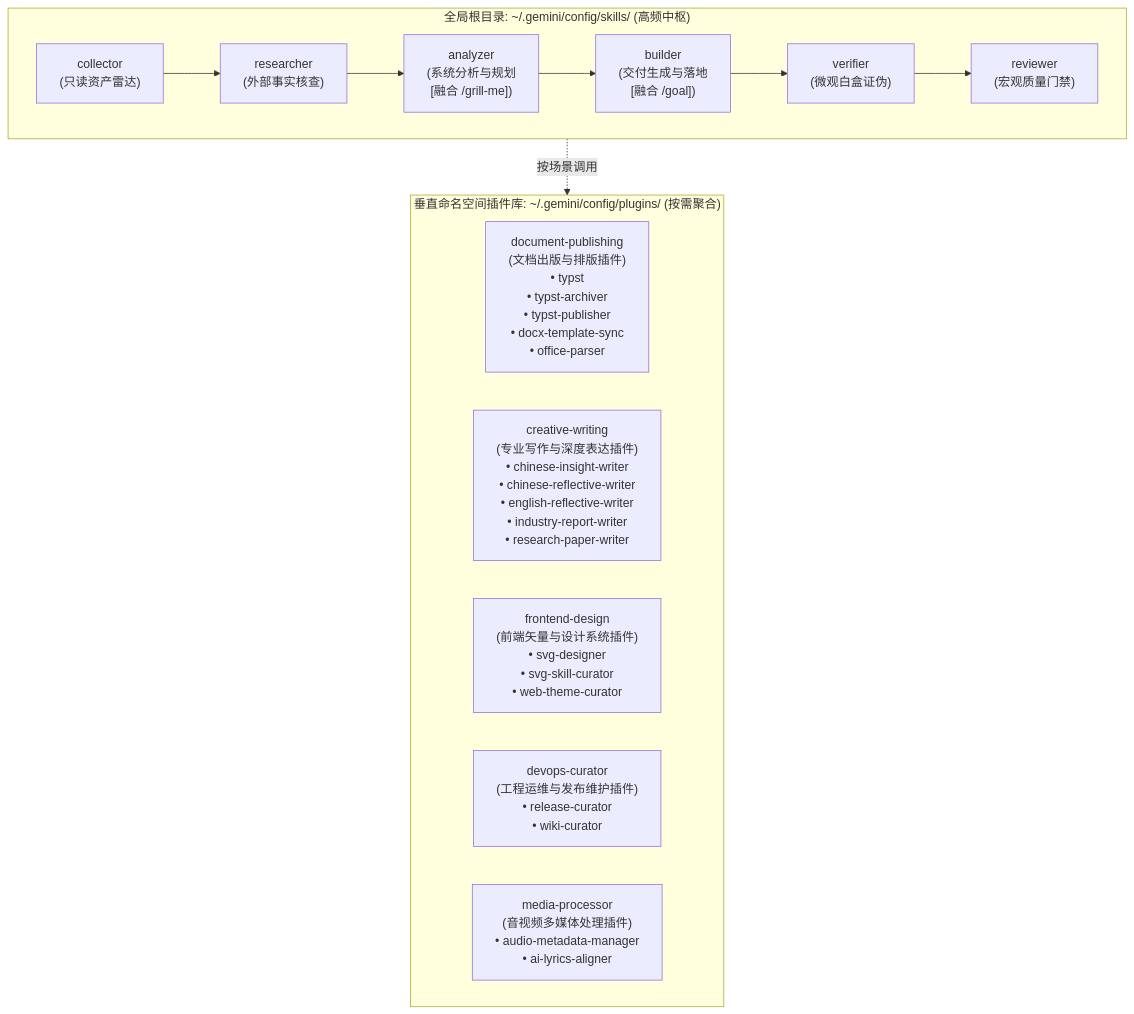
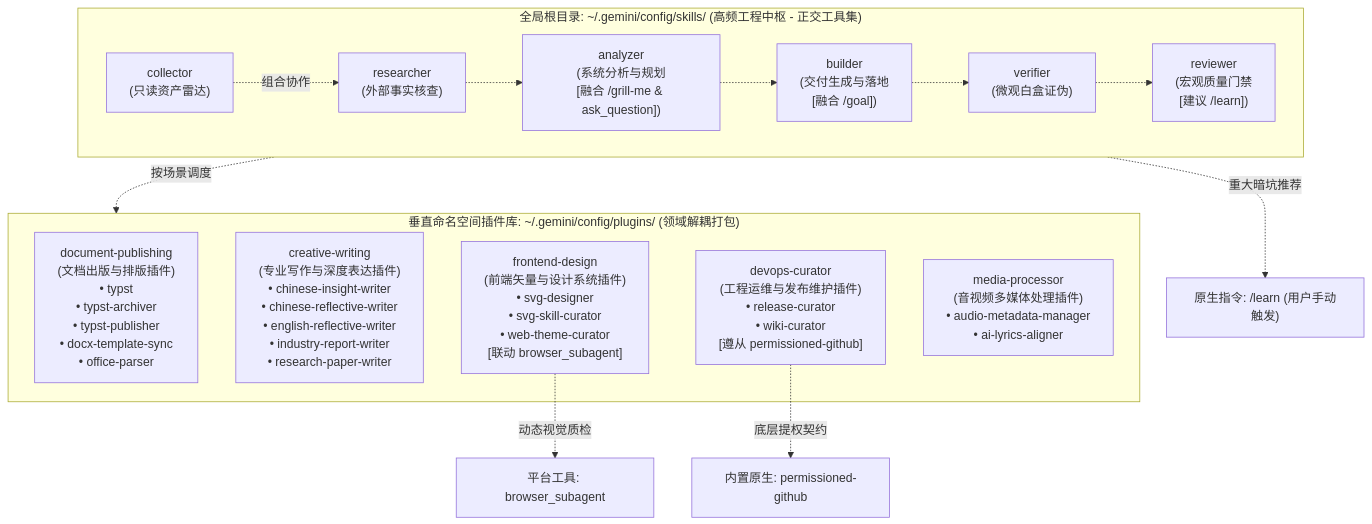
The first of 5 diagrams in config/docs/20260928_global_skills_asset_convergence_and_command_integration_architecture.md (TREYWANGCQU/.gemini), drawn with Mermaid before and after one commit. The commit also changed other lines of this file and 53 other files, not shown here.

Commit message:
feat: add global skill configurations and integration architecture document

````diff
--- a/config/docs/20260928_global_skills_asset_convergence_and_command_integration_architecture.md
+++ b/config/docs/20260928_global_skills_asset_convergence_and_command_integration_architecture.md
@@ -42,24 +45,27 @@
 ```mermaid
 graph TD
-    subgraph GlobalHub["全局根目录: ~/.gemini/config/skills/ (高频中枢)"]
+    subgraph GlobalHub["全局根目录: ~/.gemini/config/skills/ (高频工程中枢 - 正交工具集)"]
         direction LR
         COL["collector<br/>(只读资产雷达)"]
         RES["researcher<br/>(外部事实核查)"]
-        AZ["analyzer<br/>(系统分析与规划<br/>[融合 /grill-me])"]
+        AZ["analyzer<br/>(系统分析与规划<br/>[融合 /grill-me & ask_question])"]
         BLD["builder<br/>(交付生成与落地<br/>[融合 /goal])"]
         VRF["verifier<br/>(微观白盒证伪)"]
-        REV["reviewer<br/>(宏观质量门禁)"]
+        REV["reviewer<br/>(宏观质量门禁<br/>[建议 /learn])"]
     end
 
-    COL --> RES --> AZ --> BLD --> VRF --> REV
+    COL -.->|"组合协作"| RES -.-> AZ -.-> BLD -.-> VRF -.-> REV
 
-    subgraph PluginsHub["垂直命名空间插件库: ~/.gemini/config/plugins/ (按需聚合)"]
+    subgraph PluginsHub["垂直命名空间插件库: ~/.gemini/config/plugins/ (领域解耦打包)"]
         P1["document-publishing<br/>(文档出版与排版插件)<br/>• typst<br/>• typst-archiver<br/>• typst-publisher<br/>• docx-template-sync<br/>• office-parser"]
         P2["creative-writing<br/>(专业写作与深度表达插件)<br/>• chinese-insight-writer<br/>• chinese-reflective-writer<br/>• english-reflective-writer<br/>• industry-report-writer<br/>• research-paper-writer"]
-        P3["frontend-design<br/>(前端矢量与设计系统插件)<br/>• svg-designer<br/>• svg-skill-curator<br/>• web-theme-curator"]
-        P4["devops-curator<br/>(工程运维与发布维护插件)<br/>• release-curator<br/>• wiki-curator"]
+        P3["frontend-design<br/>(前端矢量与设计系统插件)<br/>• svg-designer<br/>• svg-skill-curator<br/>• web-theme-curator<br/>[联动 browser_subagent]"]
+        P4["devops-curator<br/>(工程运维与发布维护插件)<br/>• release-curator<br/>• wiki-curator<br/>[遵从 permissioned-github]"]
         P5["media-processor<br/>(音视频多媒体处理插件)<br/>• audio-metadata-manager<br/>• ai-lyrics-aligner"]
     end
 
-    GlobalHub -.->|"按场景调用"| PluginsHub
+    GlobalHub -.->|"按场景调度"| PluginsHub
+    P4 -.->|"底层提权契约"| N1["内置原生: permissioned-github"]
+    P3 -.->|"动态视觉质检"| N2["平台工具: browser_subagent"]
+    REV -.->|"重大暗坑推荐"| N3["原生指令: /learn (用户手动触发)"]
 ```
````
